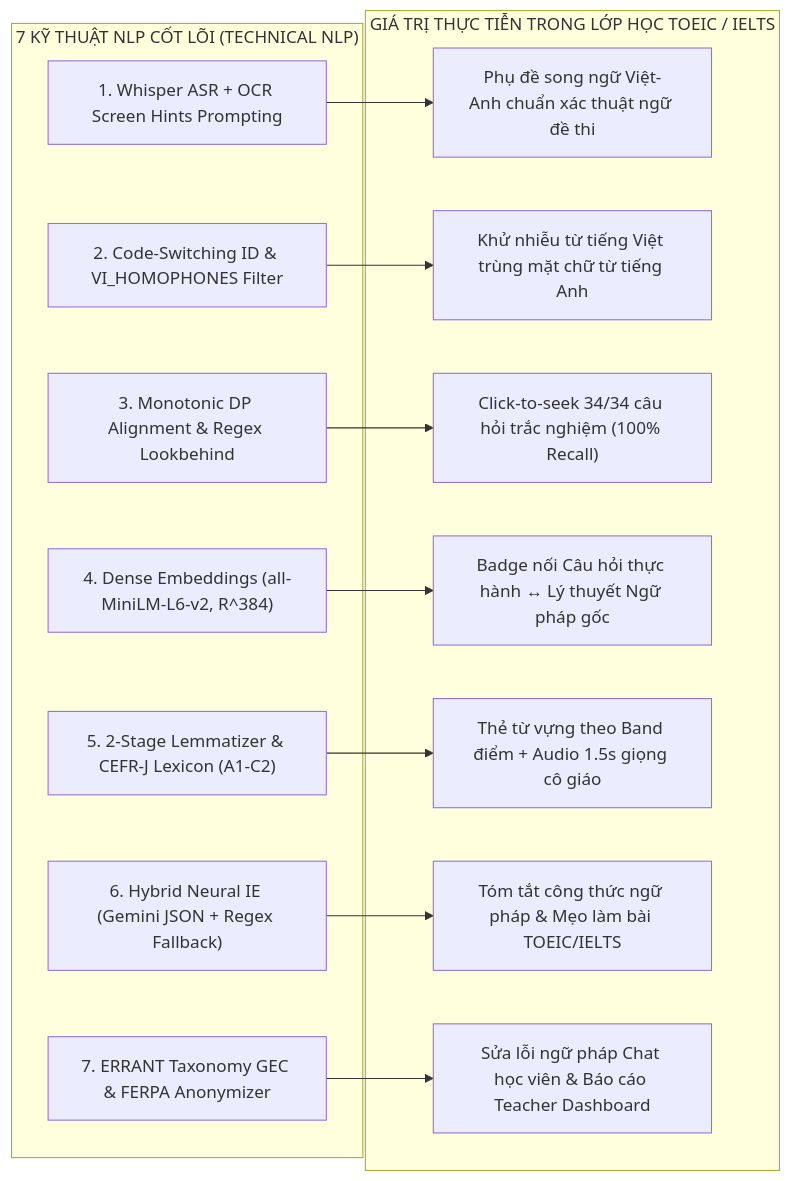
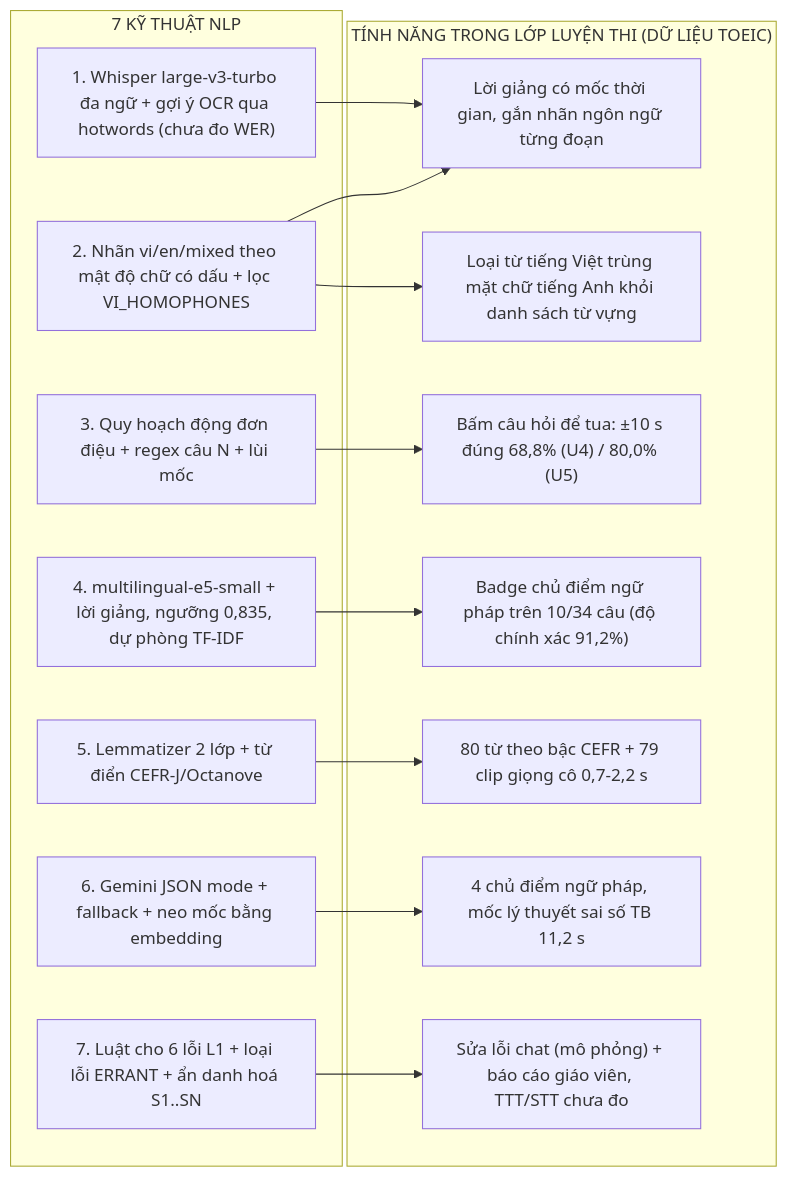
Before and after one commit to CelesEclipse/NLP501_edusync_mvp: the diagram in docs/README.md, drawn with Mermaid. The commit also changed other lines of this file and 30 other files, not shown here.

````diff
--- a/docs/README.md
+++ b/docs/README.md
@@ -49,30 +55,31 @@
 ```mermaid
 graph LR
-    subgraph NLP_Techniques["7 KỸ THUẬT NLP CỐT LÕI (TECHNICAL NLP)"]
-        T1["1. Whisper ASR + OCR Screen Hints Prompting"]
-        T2["2. Code-Switching ID & VI_HOMOPHONES Filter"]
-        T3["3. Monotonic DP Alignment & Regex Lookbehind"]
-        T4["4. Dense Embeddings (all-MiniLM-L6-v2, R^384)"]
-        T5["5. 2-Stage Lemmatizer & CEFR-J Lexicon (A1-C2)"]
-        T6["6. Hybrid Neural IE (Gemini JSON + Regex Fallback)"]
-        T7["7. ERRANT Taxonomy GEC & FERPA Anonymizer"]
+    subgraph NLP_Techniques["7 KỸ THUẬT NLP"]
+        T1["1. Whisper large-v3-turbo đa ngữ + gợi ý OCR qua hotwords (chưa đo WER)"]
+        T2["2. Nhãn vi/en/mixed theo mật độ chữ có dấu + lọc VI_HOMOPHONES"]
+        T3["3. Quy hoạch động đơn điệu + regex câu N + lùi mốc"]
+        T4["4. multilingual-e5-small + lời giảng, ngưỡng 0,835, dự phòng TF-IDF"]
+        T5["5. Lemmatizer 2 lớp + từ điển CEFR-J/Octanove"]
+        T6["6. Gemini JSON mode + fallback + neo mốc bằng embedding"]
+        T7["7. Luật cho 6 lỗi L1 + loại lỗi ERRANT + ẩn danh hoá S1..SN"]
     end
 
-    subgraph TOEIC_IELTS_Features["GIÁ TRỊ THỰC TIỄN TRONG LỚP HỌC TOEIC / IELTS"]
-        F1["Phụ đề song ngữ Việt-Anh chuẩn xác thuật ngữ đề thi"]
-        F2["Khử nhiễu từ tiếng Việt trùng mặt chữ từ tiếng Anh"]
-        F3["Click-to-seek 34/34 câu hỏi trắc nghiệm (100% Recall)"]
-        F4["Badge nối Câu hỏi thực hành ↔ Lý thuyết Ngữ pháp gốc"]
-        F5["Thẻ từ vựng theo Band điểm + Audio 1.5s giọng cô giáo"]
-        F6["Tóm tắt công thức ngữ pháp & Mẹo làm bài TOEIC/IELTS"]
-        F7["Sửa lỗi ngữ pháp Chat học viên & Báo cáo Teacher Dashboard"]
+    subgraph Features["TÍNH NĂNG TRONG LỚP LUYỆN THI (DỮ LIỆU TOEIC)"]
+        F1["Lời giảng có mốc thời gian, gắn nhãn ngôn ngữ từng đoạn"]
+        F2["Loại từ tiếng Việt trùng mặt chữ tiếng Anh khỏi danh sách từ vựng"]
+        F3["Bấm câu hỏi để tua: ±10 s đúng 68,8% (U4) / 80,0% (U5)"]
+        F4["Badge chủ điểm ngữ pháp trên 10/34 câu (độ chính xác 91,2%)"]
+        F5["80 từ theo bậc CEFR + 79 clip giọng cô 0,7-2,2 s"]
+        F6["4 chủ điểm ngữ pháp, mốc lý thuyết sai số TB 11,2 s"]
+        F7["Sửa lỗi chat (mô phỏng) + báo cáo giáo viên, TTT/STT chưa đo"]
     end
 
     T1 --> F1
+    T2 --> F1
     T2 --> F2
     T3 --> F3
     T4 --> F4
     T5 --> F5
     T6 --> F6
     T7 --> F7
 ```
````
